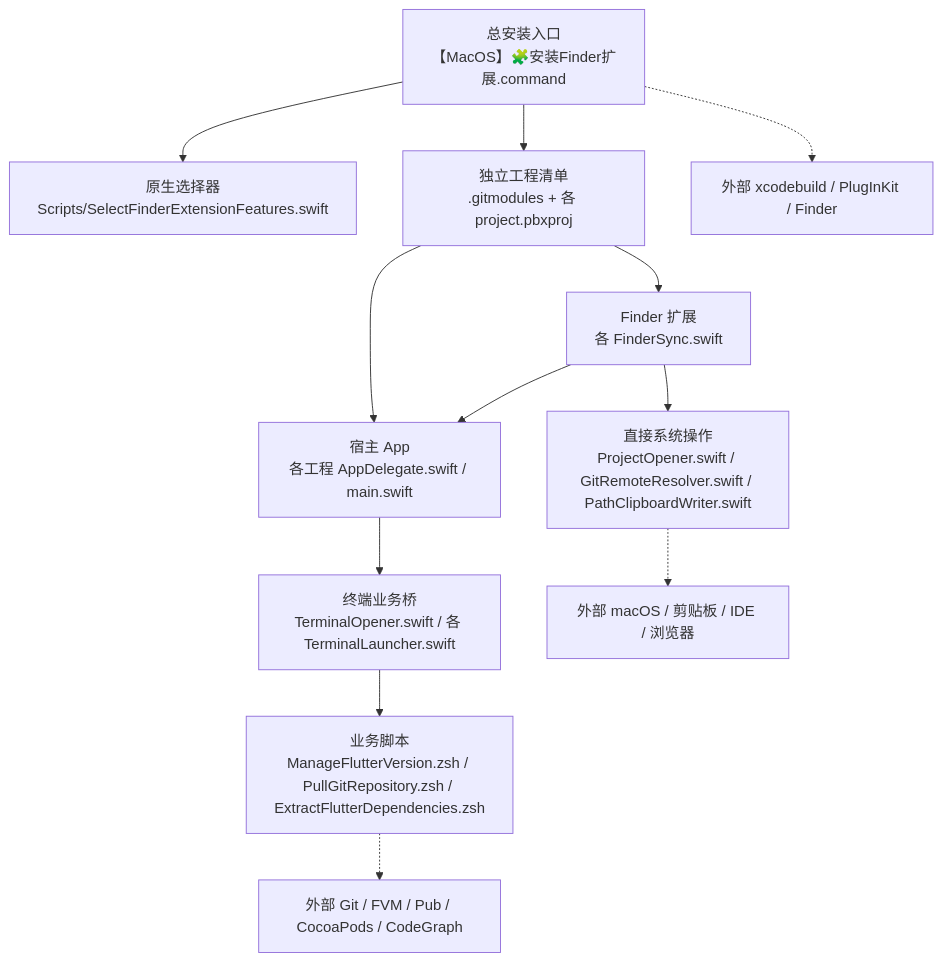
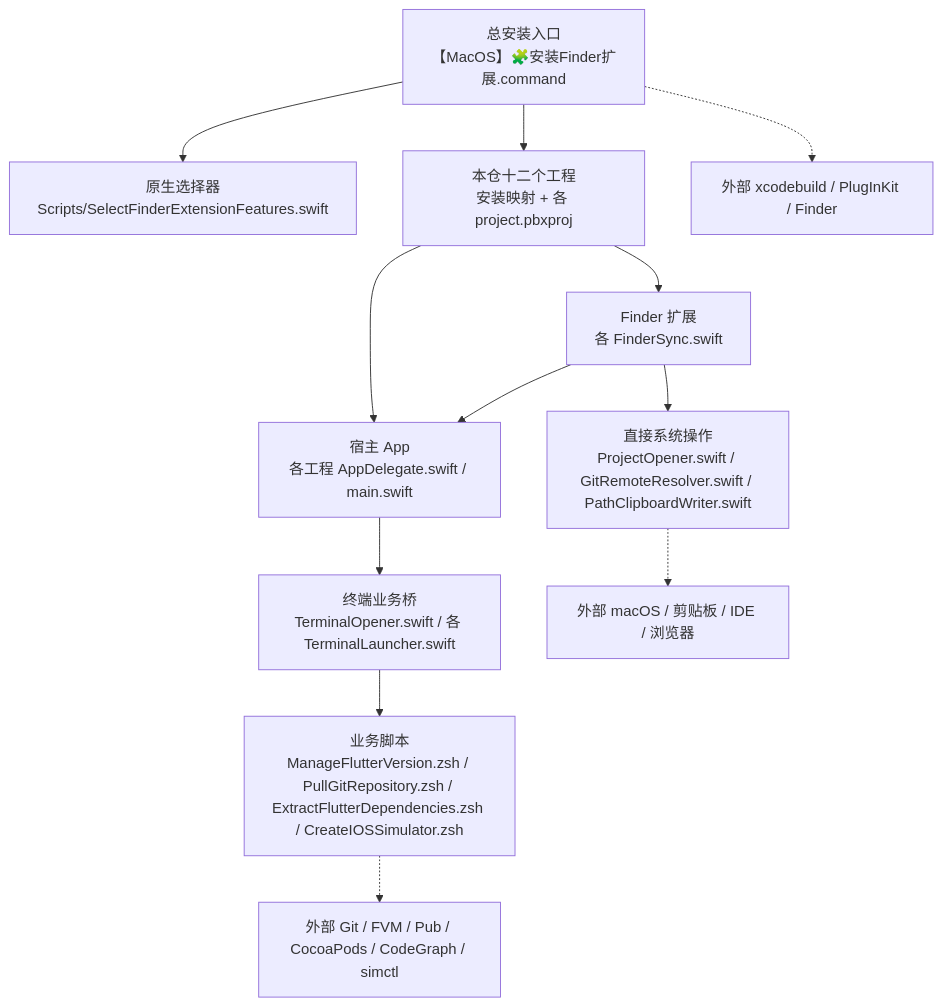
The first of 4 diagrams in README.md (JobsKits/MacOS_Extension), drawn with Mermaid before and after one commit. The commit also changed other lines of this file and 269 other files, not shown here.

````diff
--- a/README.md
+++ b/README.md
@@ -417,14 +345,14 @@
 ```mermaid
 flowchart TD
     A["总安装入口<br/>【MacOS】🧩安装Finder扩展.command"] --> B["原生选择器<br/>Scripts/SelectFinderExtensionFeatures.swift"]
-    A --> C["独立工程清单<br/>.gitmodules + 各 project.pbxproj"]
+    A --> C["本仓十二个工程<br/>安装映射 + 各 project.pbxproj"]
     C --> D["宿主 App<br/>各工程 AppDelegate.swift / main.swift"]
     C --> E["Finder 扩展<br/>各 FinderSync.swift"]
     E --> F["直接系统操作<br/>ProjectOpener.swift / GitRemoteResolver.swift / PathClipboardWriter.swift"]
     E --> D
     D --> G["终端业务桥<br/>TerminalOpener.swift / 各 TerminalLauncher.swift"]
-    G --> H["业务脚本<br/>ManageFlutterVersion.zsh / PullGitRepository.zsh / ExtractFlutterDependencies.zsh"]
+    G --> H["业务脚本<br/>ManageFlutterVersion.zsh / PullGitRepository.zsh / ExtractFlutterDependencies.zsh / CreateIOSSimulator.zsh"]
     F -.-> I["外部 macOS / 剪贴板 / IDE / 浏览器"]
-    H -.-> J["外部 Git / FVM / Pub / CocoaPods / CodeGraph"]
+    H -.-> J["外部 Git / FVM / Pub / CocoaPods / CodeGraph / simctl"]
     A -.-> K["外部 xcodebuild / PlugInKit / Finder"]
 ```
````
